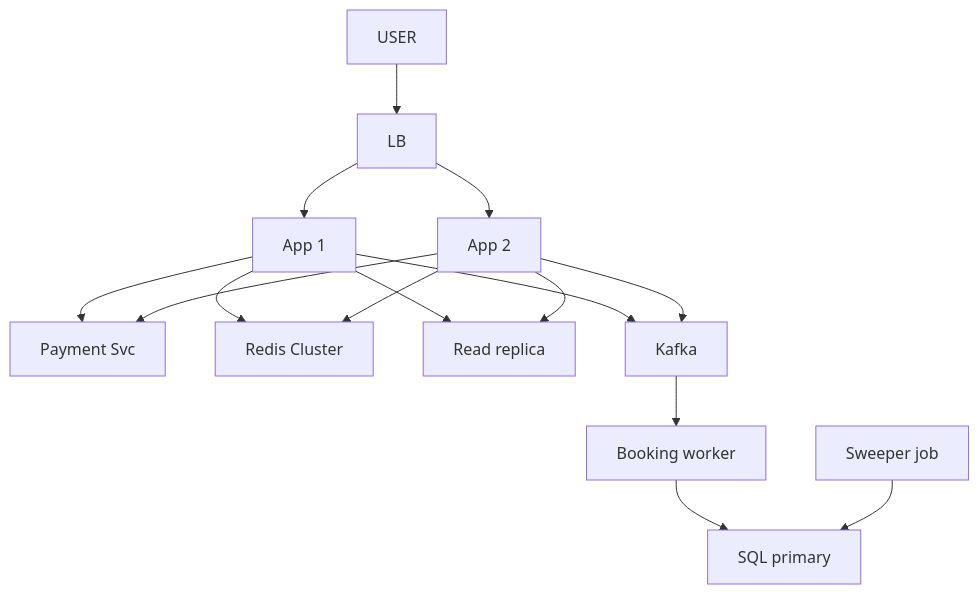
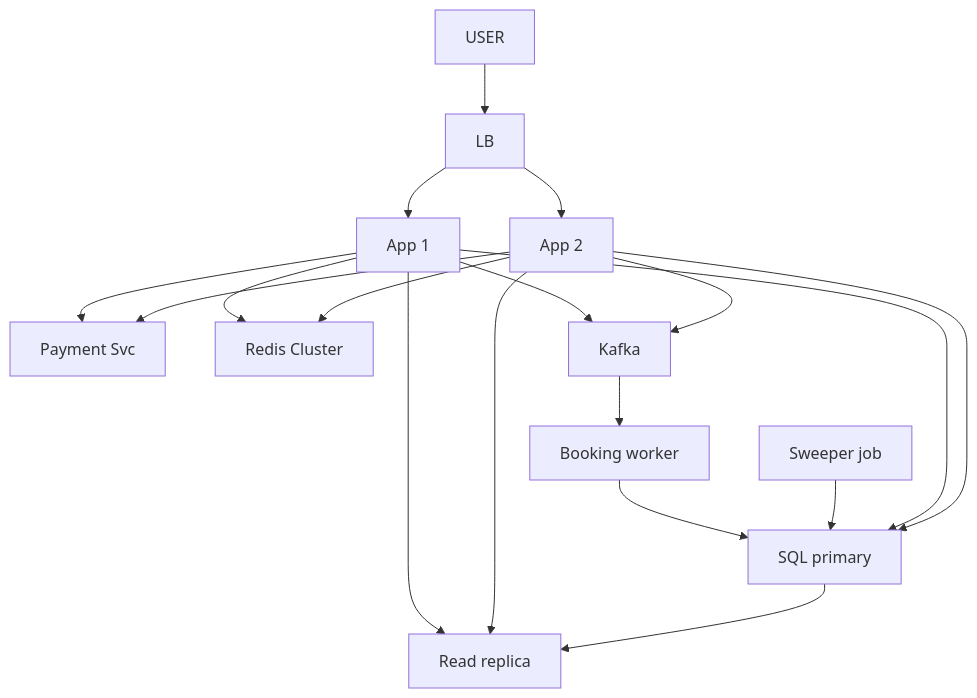
Before and after one commit to ArpanMaheshwari144/Prep: the eighth of 8 diagrams in 04_HLD/SYSTEM_DESIGNS/09_bookmyshow/09_bookmyshow_INTERVIEW.md, drawn with Mermaid. The commit also changed other lines of this file and 12 other files, not shown here.

````diff
--- a/04_HLD/SYSTEM_DESIGNS/09_bookmyshow/09_bookmyshow_INTERVIEW.md
+++ b/04_HLD/SYSTEM_DESIGNS/09_bookmyshow/09_bookmyshow_INTERVIEW.md
@@ -442,28 +448,31 @@
 ```mermaid
 flowchart TD
     n_USER["USER"]
     n_LB["LB"]
     n_App_x_N_1["App 1"]
     n_App_x_N_2["App 2"]
     n_Payment_Svc["Payment Svc"]
     n_Redis_Cluster["Redis Cluster"]
     n_Read_replica["Read replica"]
     n_Kafka["Kafka"]
     n_Booking_worker["Booking worker"]
     n_SQL_primary["SQL primary"]
     n_Sweeper_job["Sweeper job"]
     n_USER --> n_LB
     n_LB --> n_App_x_N_1
     n_LB --> n_App_x_N_2
     n_App_x_N_1 --> n_Payment_Svc
     n_App_x_N_2 --> n_Payment_Svc
     n_App_x_N_1 --> n_Redis_Cluster
     n_App_x_N_2 --> n_Redis_Cluster
     n_App_x_N_1 --> n_Read_replica
     n_App_x_N_2 --> n_Read_replica
     n_App_x_N_1 --> n_Kafka
     n_App_x_N_2 --> n_Kafka
     n_Kafka --> n_Booking_worker
     n_Booking_worker --> n_SQL_primary
     n_Sweeper_job --> n_SQL_primary
+    n_App_x_N_1 --> n_SQL_primary
+    n_App_x_N_2 --> n_SQL_primary
+    n_SQL_primary --> n_Read_replica
 ```
````
